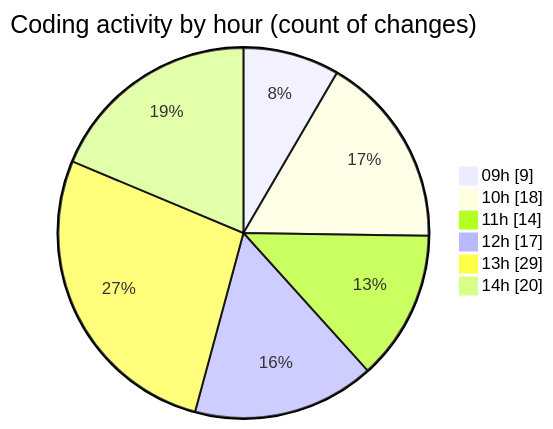
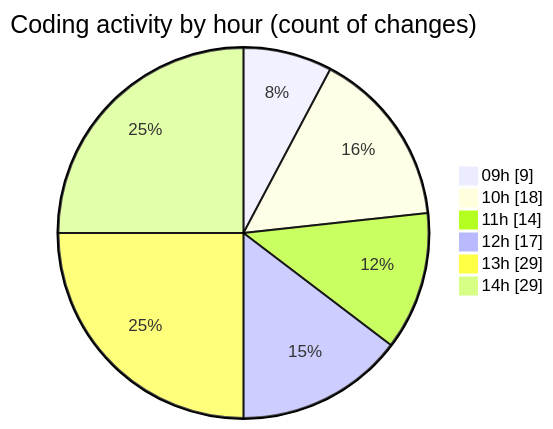
One commit to momahboobian/code-tracking changed the second of 2 diagrams in 2025-03-24/cda/README.md. Above: the diagram before and after it, drawn with Mermaid. The commit also changed other lines of this file and 1 other file, not shown here.

````diff
--- a/2025-03-24/cda/README.md
+++ b/2025-03-24/cda/README.md
@@ -54,10 +54,10 @@
 ```mermaid
 pie showData
 title Coding activity by hour (count of changes)
 "09h" : 9
 "10h" : 18
 "11h" : 14
 "12h" : 17
 "13h" : 29
-"14h" : 20
+"14h" : 29
 ```
````
